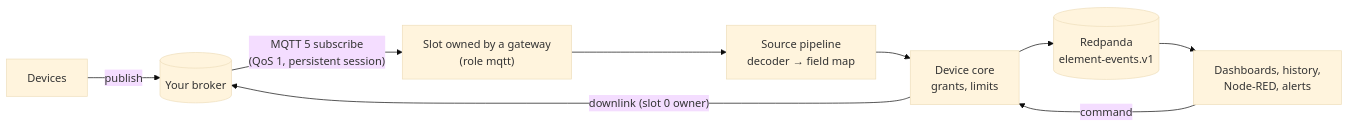
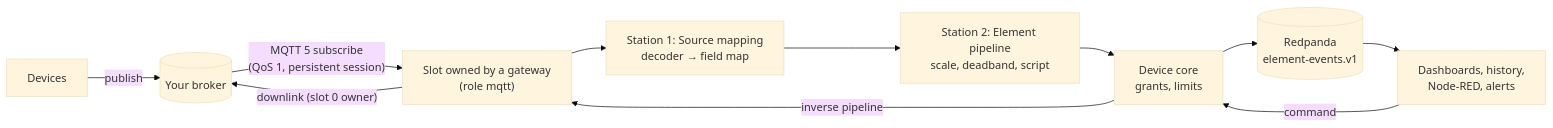
One commit to taha2samy-3/qauk-qauk changed the first of 4 diagrams in docs/10_mqtt.md. Above: the diagram before and after it, drawn with Mermaid (base theme). The commit also changed other lines of this file and 206 other files, not shown here.

````diff
--- a/docs/10_mqtt.md
+++ b/docs/10_mqtt.md
@@ -11,11 +15,13 @@
 ```mermaid
 flowchart LR
   DEV["Devices"] -- "publish" --> BR[("Your broker")]
   BR -- "MQTT 5 subscribe<br/>(QoS 1, persistent session)" --> S["Slot owned by a gateway<br/>(role mqtt)"]
-  S --> P["Source pipeline<br/>decoder → field map"]
-  P --> CORE["Device core<br/>grants, limits"]
+  S --> P["Station 1: Source mapping<br/>decoder → field map"]
+  P --> EP["Station 2: Element pipeline<br/>scale, deadband, script"]
+  EP --> CORE["Device core<br/>grants, limits"]
   CORE --> RP[("Redpanda<br/>element-events.v1")]
   RP --> UI["Dashboards, history,<br/>Node-RED, alerts"]
   UI -- "command" --> CORE
-  CORE -- "downlink (slot 0 owner)" --> BR
+  CORE -- "inverse pipeline" --> S
+  S -- "downlink (slot 0 owner)" --> BR
 ```
````
